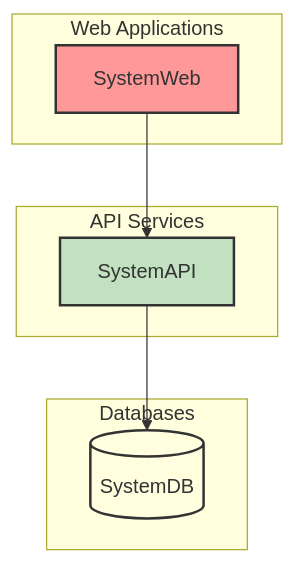
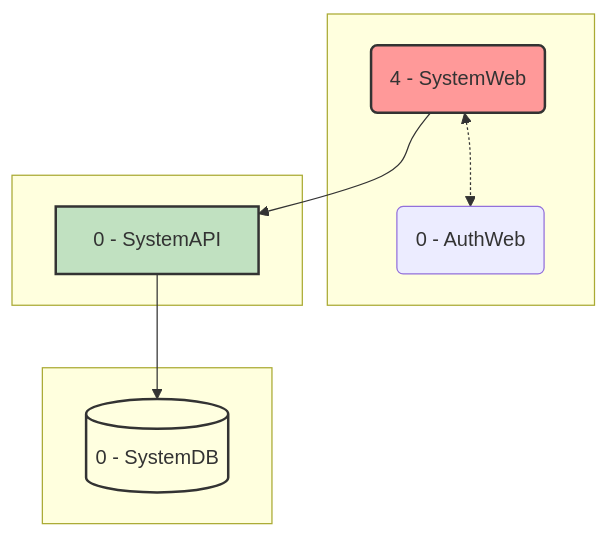
Before and after one commit to AstroBookings/.github: the first of 2 diagrams in profile/1-analysis/5_6-astrobookings-system-monitoring-domain.md, drawn with Mermaid.

Commit message:
feat: monitoring

````diff
--- a/profile/1-analysis/5_6-astrobookings-system-monitoring-domain.md
+++ b/profile/1-analysis/5_6-astrobookings-system-monitoring-domain.md
@@ -43,28 +43,32 @@
 ```mermaid
 graph TD
-    subgraph Web Applications
-        SystemWeb[SystemWeb]
+    subgraph WebApplications[ ]
+        AuthWeb(0 - AuthWeb)
+        SystemWeb(4 - SystemWeb)
     end
 
-    subgraph API Services
-        SystemAPI[SystemAPI]
+    subgraph APIServices[ ]
+        SystemAPI[0 - SystemAPI]
     end
 
-    subgraph Databases
-        SystemDB[(SystemDB)]
+    subgraph Databases[ ]
+        SystemDB[(0 - SystemDB)]
     end
+
+     %% Web to Web connections
+    SystemWeb <-.-> AuthWeb
 
     %% Web to API connections
     SystemWeb --> SystemAPI
 
     %% API to Database connections
     SystemAPI --> SystemDB
 
     %% Style
     classDef web fill:#FF9999,stroke:#333,stroke-width:2px;
     classDef api fill:#C1E1C1,stroke:#333,stroke-width:2px;
     classDef db fill:#FFFFE0,stroke:#333,stroke-width:2px;
     class SystemWeb web;
     class SystemAPI api;
     class SystemDB db;
 ```
````
